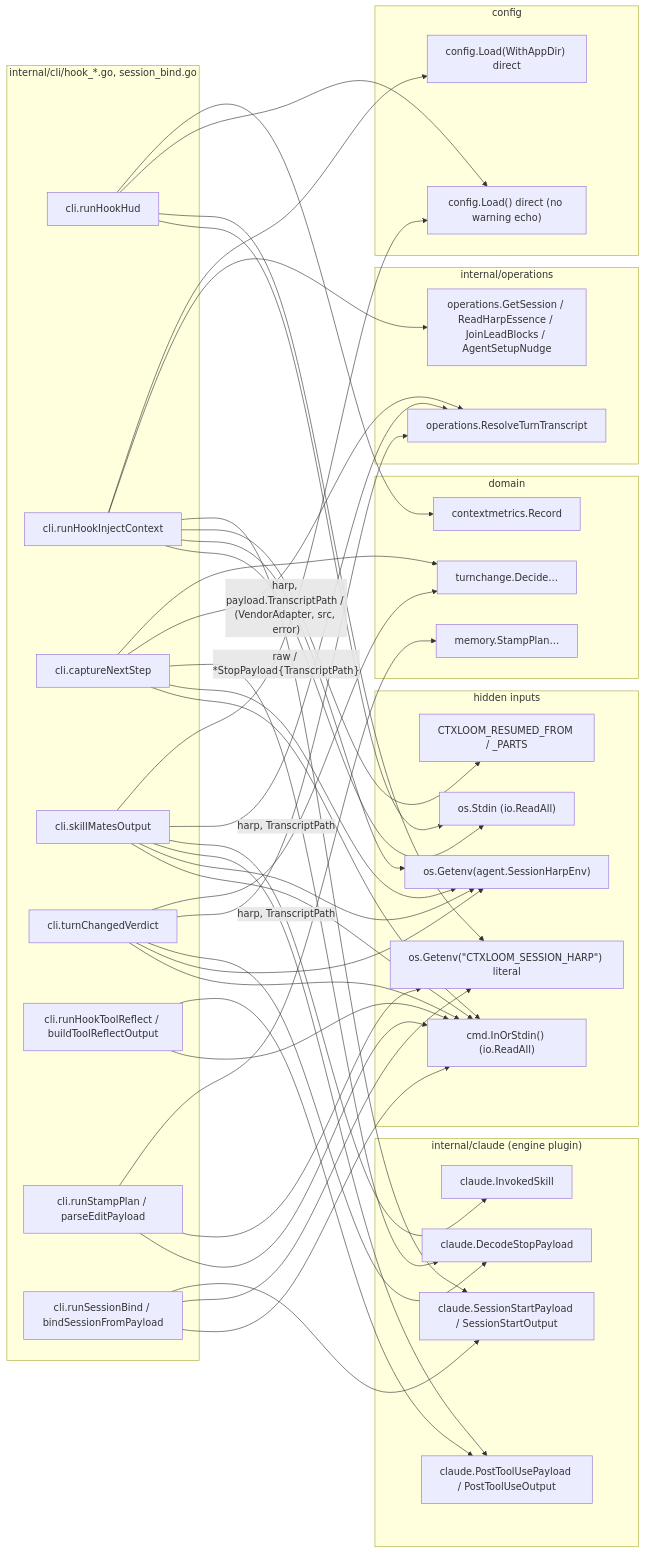
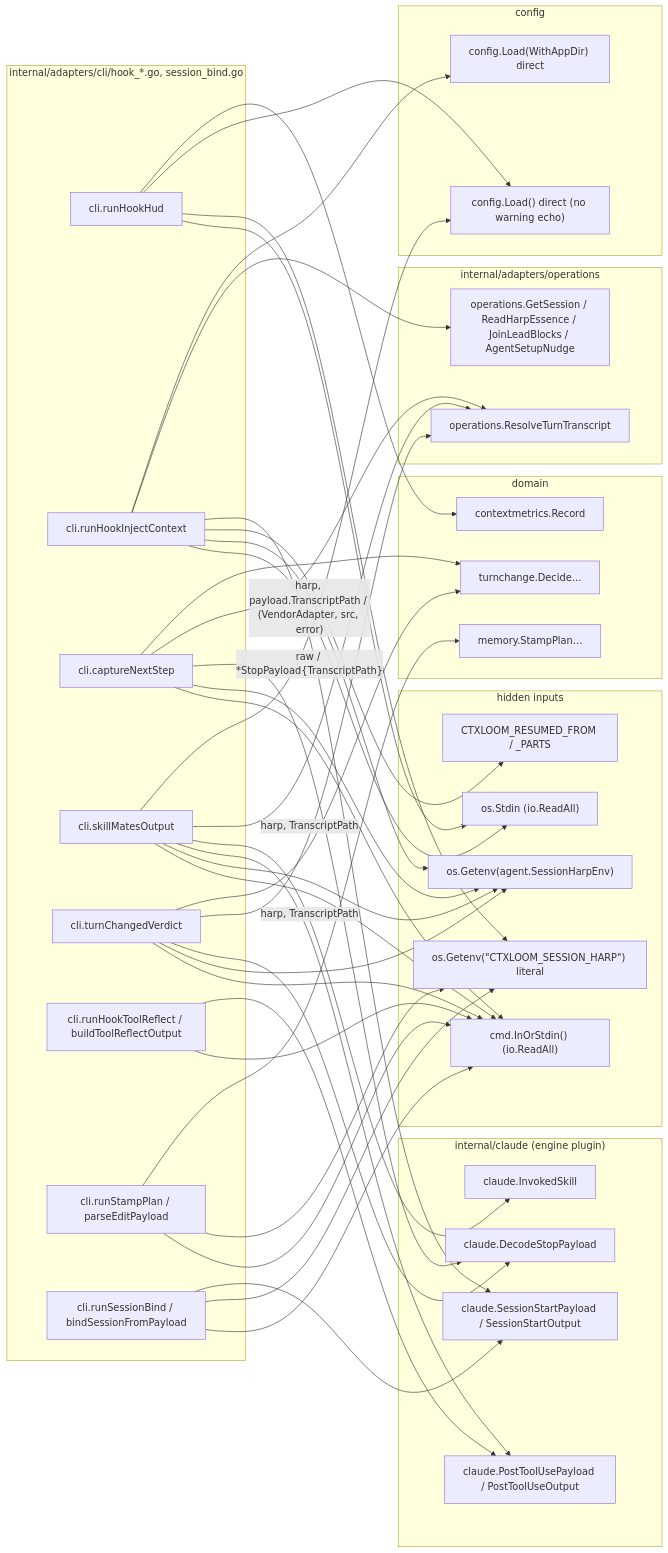
One commit to ctxloom/ctxloom changed the fourth of 10 diagrams in docs/architecture/audit-2026-09-18/06-cli-operations.md. Above: the diagram before and after it, drawn with Mermaid. The commit also changed other lines of this file and 2489 other files, not shown here.

First line of the commit message:
refactor(arch): move the adapters ring into internal/adapters

````diff
--- a/docs/architecture/audit-2026-09-18/06-cli-operations.md
+++ b/docs/architecture/audit-2026-09-18/06-cli-operations.md
@@ -258,74 +258,74 @@
 ```mermaid
 flowchart LR
-  subgraph cli["internal/cli/hook_*.go, session_bind.go"]
+  subgraph cli["internal/adapters/cli/hook_*.go, session_bind.go"]
     HUD["cli.runHookHud"]
     IC["cli.runHookInjectContext"]
     NS["cli.captureNextStep"]
     SM["cli.skillMatesOutput"]
     TC["cli.turnChangedVerdict"]
     TR["cli.runHookToolReflect / buildToolReflectOutput"]
     SP["cli.runStampPlan / parseEditPayload"]
     SB["cli.runSessionBind / bindSessionFromPayload"]
   end
   subgraph inputs["hidden inputs"]
     STDIN_OS["os.Stdin (io.ReadAll)"]
     STDIN_CMD["cmd.InOrStdin() (io.ReadAll)"]
     HARP_LIT["os.Getenv(#quot;CTXLOOM_SESSION_HARP#quot;) literal"]
     HARP_CONST["os.Getenv(agent.SessionHarpEnv)"]
     RESUMED["CTXLOOM_RESUMED_FROM / _PARTS"]
   end
   subgraph claude["internal/claude (engine plugin)"]
     DSP["claude.DecodeStopPayload"]
     PTU["claude.PostToolUsePayload / PostToolUseOutput"]
     SSP["claude.SessionStartPayload / SessionStartOutput"]
     INV["claude.InvokedSkill"]
   end
-  subgraph ops["internal/operations"]
+  subgraph ops["internal/adapters/operations"]
     RTT["operations.ResolveTurnTranscript"]
     GS["operations.GetSession / ReadHarpEssence / JoinLeadBlocks / AgentSetupNudge"]
   end
   subgraph cfg["config"]
     CL["config.Load() direct (no warning echo)"]
     CLA["config.Load(WithAppDir) direct"]
   end
   subgraph domain["domain"]
     CM["contextmetrics.Record"]
     MEM["memory.StampPlan…"]
     TCH["turnchange.Decide…"]
   end
 
   HUD --> STDIN_OS
   HUD --> HARP_LIT
   HUD --> CL
   HUD --> CM
   IC --> STDIN_OS
   IC --> HARP_CONST
   IC --> RESUMED
   IC --> SSP
   IC --> GS
   IC --> CLA
   NS --> STDIN_CMD
   NS --> HARP_CONST
   NS -- "raw / *StopPayload{TranscriptPath}" --> DSP
   NS -- "harp, payload.TranscriptPath / (VendorAdapter, src, error)" --> RTT
   NS --> TCH
   SM --> STDIN_CMD
   SM --> HARP_CONST
   SM --> PTU
   SM --> INV
   SM -- "harp, TranscriptPath" --> RTT
   SM --> CL
   TC --> STDIN_CMD
   TC --> HARP_CONST
   TC --> DSP
   TC -- "harp, TranscriptPath" --> RTT
   TC --> TCH
   TR --> STDIN_CMD
   TR --> PTU
   SP --> STDIN_CMD
   SP --> HARP_LIT
   SP --> MEM
   SB --> STDIN_CMD
   SB --> HARP_LIT
   SB --> SSP
 ```
````
